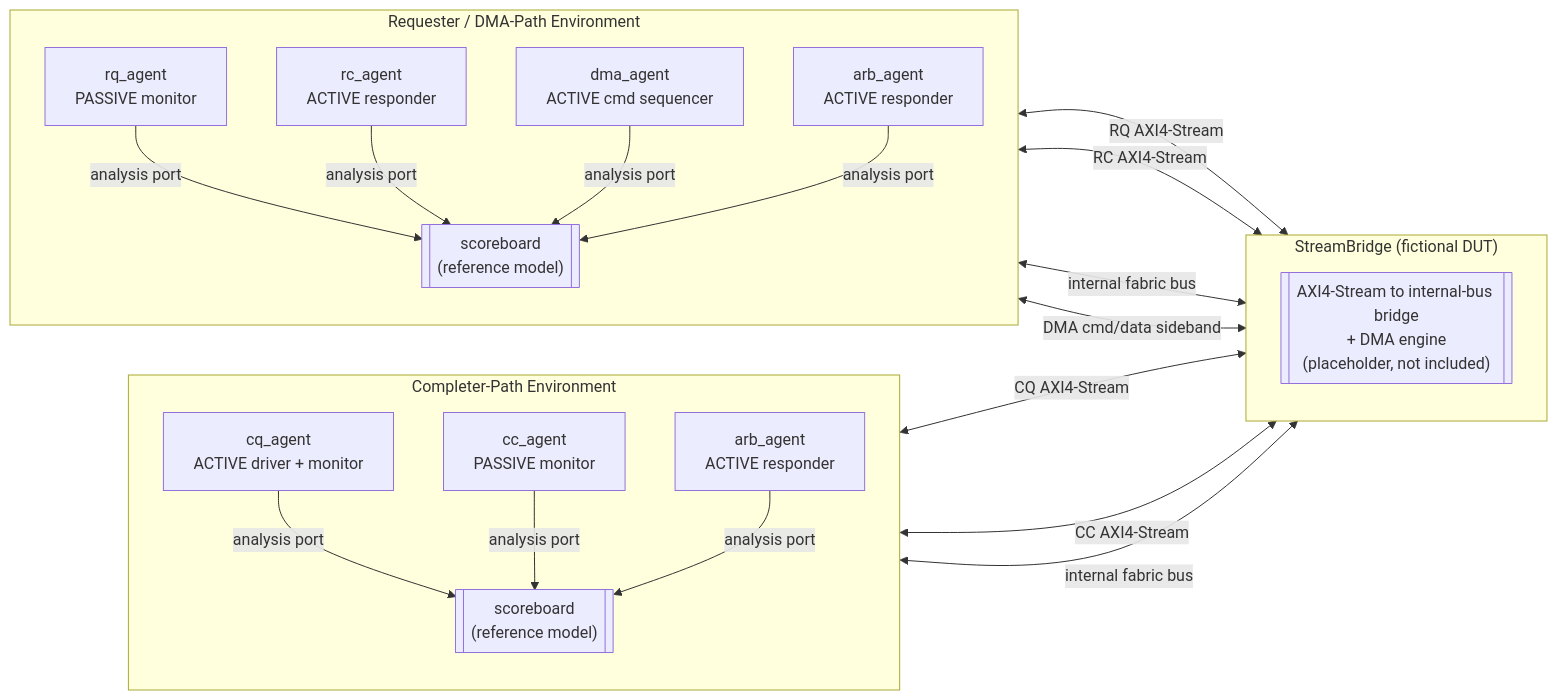
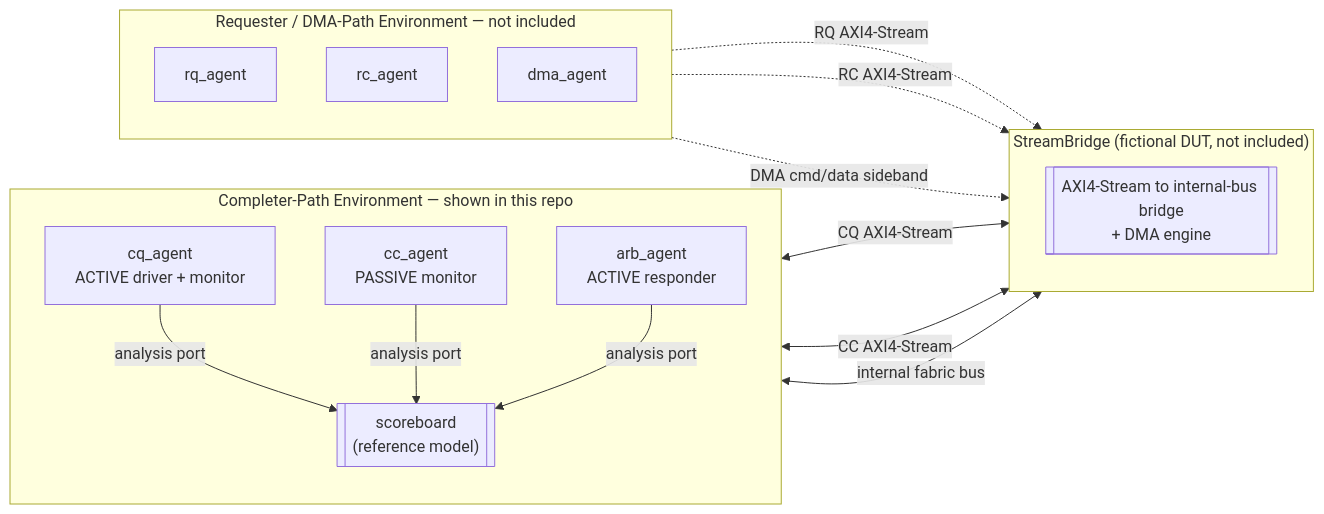
One commit to Ajayyyyyyyyyyy/axi-stream-bridge-uvm-verification changed the diagram in README.md. Above: the diagram before and after it, drawn with Mermaid. The commit also changed other lines of this file and 16 other files, not shown here.

Commit message:
Trim to a curated completer-path showcase; restrict license to portfolio review

````diff
--- a/README.md
+++ b/README.md
@@ -53,39 +48,32 @@
 ```mermaid
 flowchart LR
-  subgraph DUT["StreamBridge (fictional DUT)"]
+  subgraph DUT["StreamBridge (fictional DUT, not included)"]
     direction TB
-    RTL[["AXI4-Stream to internal-bus bridge<br/>+ DMA engine<br/>(placeholder, not included)"]]
+    RTL[["AXI4-Stream to internal-bus bridge<br/>+ DMA engine"]]
   end
 
-  subgraph CPL["Completer-Path Environment"]
+  subgraph CPL["Completer-Path Environment — shown in this repo"]
     direction TB
     CQ["cq_agent<br/>ACTIVE driver + monitor"]
     CC["cc_agent<br/>PASSIVE monitor"]
     ARB1["arb_agent<br/>ACTIVE responder"]
     SB1[["scoreboard<br/>(reference model)"]]
     CQ -- analysis port --> SB1
     CC -- analysis port --> SB1
     ARB1 -- analysis port --> SB1
   end
 
-  subgraph DMAE["Requester / DMA-Path Environment"]
+  subgraph DMAE["Requester / DMA-Path Environment — not included"]
     direction TB
-    RQ["rq_agent<br/>PASSIVE monitor"]
-    RC["rc_agent<br/>ACTIVE responder"]
-    DMAA["dma_agent<br/>ACTIVE cmd sequencer"]
-    ARB2["arb_agent<br/>ACTIVE responder"]
-    SB2[["scoreboard<br/>(reference model)"]]
-    RQ -- analysis port --> SB2
-    RC -- analysis port --> SB2
-    DMAA -- analysis port --> SB2
-    ARB2 -- analysis port --> SB2
+    RQ["rq_agent"]
+    RC["rc_agent"]
+    DMAA["dma_agent"]
   end
 
   CQ  <-->|CQ AXI4-Stream| RTL
   CC  <-->|CC AXI4-Stream| RTL
-  RQ  <-->|RQ AXI4-Stream| RTL
-  RC  <-->|RC AXI4-Stream| RTL
   ARB1 <-->|internal fabric bus| RTL
-  ARB2 <-->|internal fabric bus| RTL
-  DMAA <-->|DMA cmd/data sideband| RTL
+  RQ -.->|RQ AXI4-Stream| RTL
+  RC -.->|RC AXI4-Stream| RTL
+  DMAA -.->|DMA cmd/data sideband| RTL
 ```
````
